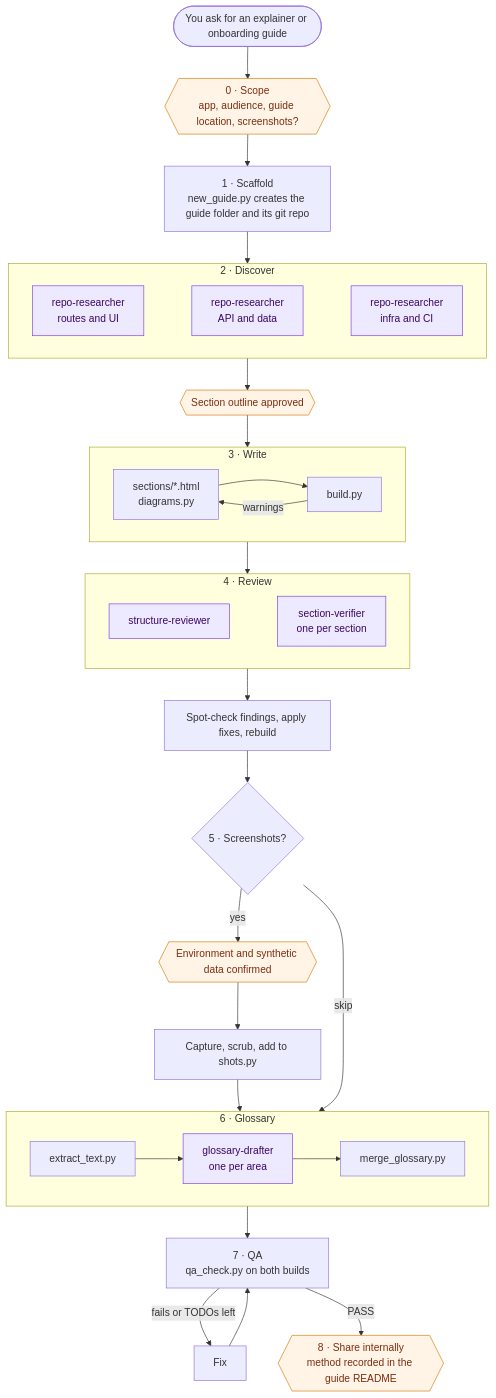
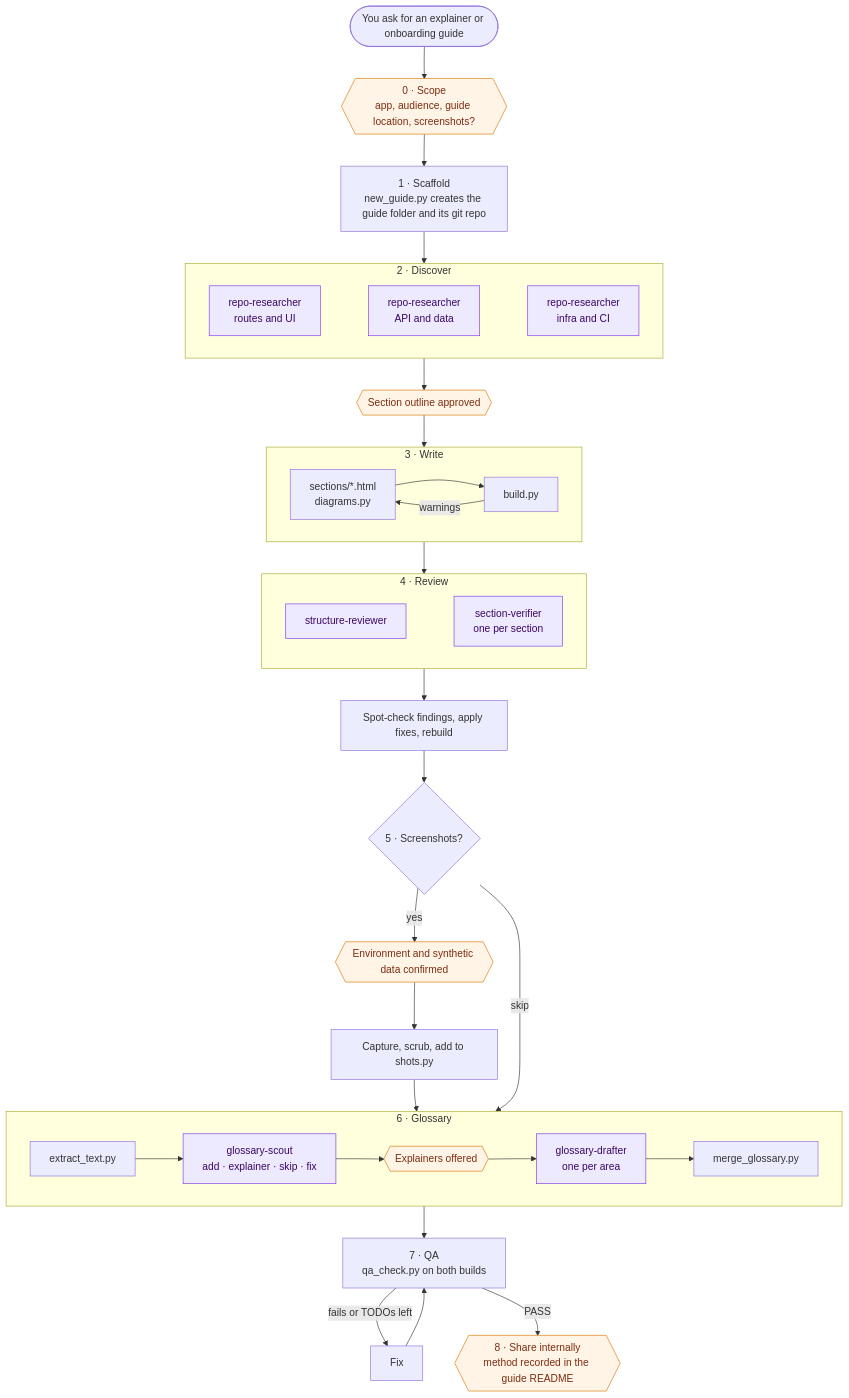
The first of 2 diagrams in docs/HOW-IT-WORKS.md (SimplySylvia/Claude-Application-Explainer), drawn with Mermaid before and after one commit. The commit also changed other lines of this file and 21 other files, not shown here.

First line of the commit message:
Release 1.4.0: add a glossary-scout agent to choose glossary terms

````diff
--- a/docs/HOW-IT-WORKS.md
+++ b/docs/HOW-IT-WORKS.md
@@ -11,52 +11,52 @@
 ```mermaid
 flowchart TD
     ask(["You ask for an explainer or onboarding guide"]) --> scope
 
     scope{{"0 · Scope<br/>app, audience, guide location, screenshots?"}} --> scaffold
     scaffold["1 · Scaffold<br/>new_guide.py creates the guide folder and its git repo"] --> discover
 
     subgraph discover ["2 · Discover"]
         direction LR
         r1["repo-researcher<br/>routes and UI"]
         r2["repo-researcher<br/>API and data"]
         r3["repo-researcher<br/>infra and CI"]
         r1 ~~~ r2 ~~~ r3
     end
     discover --> outline{{"Section outline approved"}}
 
     outline --> write
     subgraph write ["3 · Write"]
         direction LR
         w["sections/*.html<br/>diagrams.py"] --> b["build.py"]
         b -- "warnings" --> w
     end
 
     write --> review
     subgraph review ["4 · Review"]
         direction LR
         sr["structure-reviewer"]
         sv["section-verifier<br/>one per section"]
         sr ~~~ sv
     end
     review --> apply["Spot-check findings, apply fixes, rebuild"]
 
     apply --> shots{"5 · Screenshots?"}
     shots -- "yes" --> env{{"Environment and synthetic data confirmed"}}
     env --> capture["Capture, scrub, add to shots.py"]
     capture --> glossary
     shots -- "skip" --> glossary
 
     subgraph glossary ["6 · Glossary"]
         direction LR
-        ex["extract_text.py"] --> gd["glossary-drafter<br/>one per area"] --> mg["merge_glossary.py"]
+        ex["extract_text.py"] --> gs["glossary-scout<br/>add · explainer · skip · fix"] --> ex2{{"Explainers offered"}} --> gd["glossary-drafter<br/>one per area"] --> mg["merge_glossary.py"]
     end
 
     glossary --> qa["7 · QA<br/>qa_check.py on both builds"]
     qa -- "fails or TODOs left" --> fix["Fix"] --> qa
     qa -- "PASS" --> share{{"8 · Share internally<br/>method recorded in the guide README"}}
 
     classDef gate fill:#fff4e5,stroke:#d97706,color:#7c2d12
     classDef agent fill:#ede9fe,stroke:#7c3aed,color:#3b0764
-    class scope,outline,env,share gate
-    class r1,r2,r3,sr,sv,gd agent
+    class scope,outline,env,share,ex2 gate
+    class r1,r2,r3,sr,sv,gs,gd agent
 ```
````
